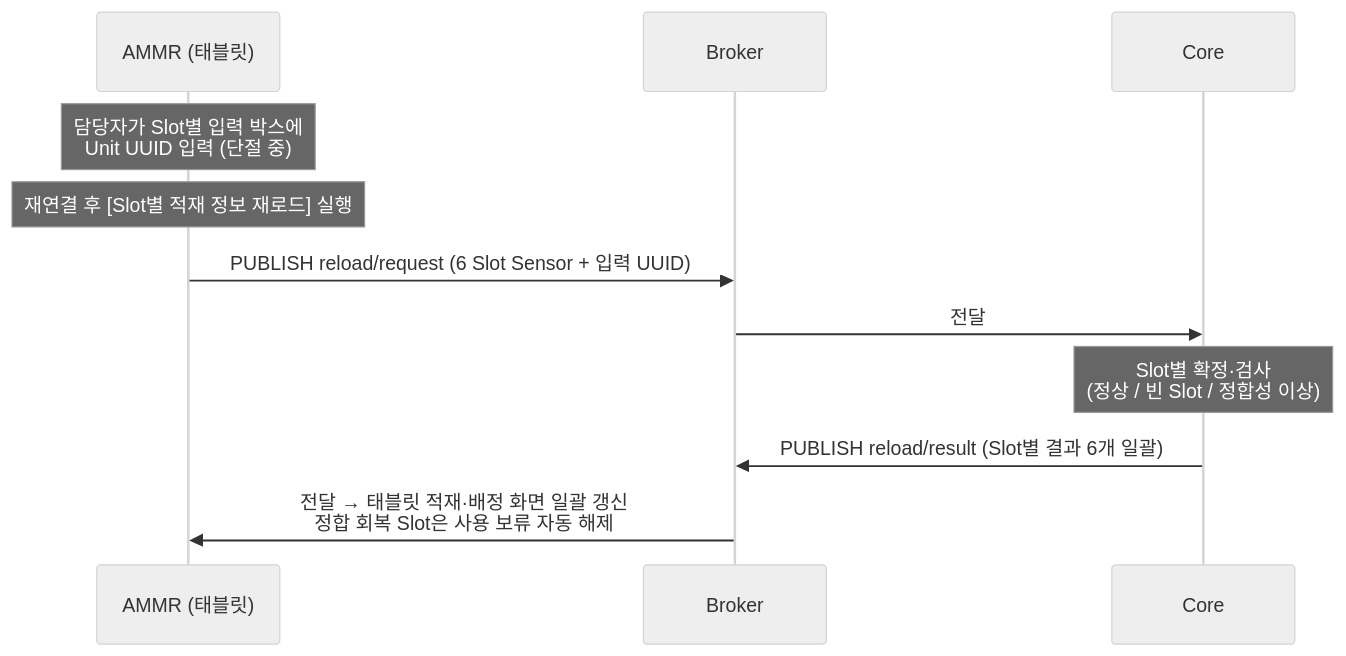
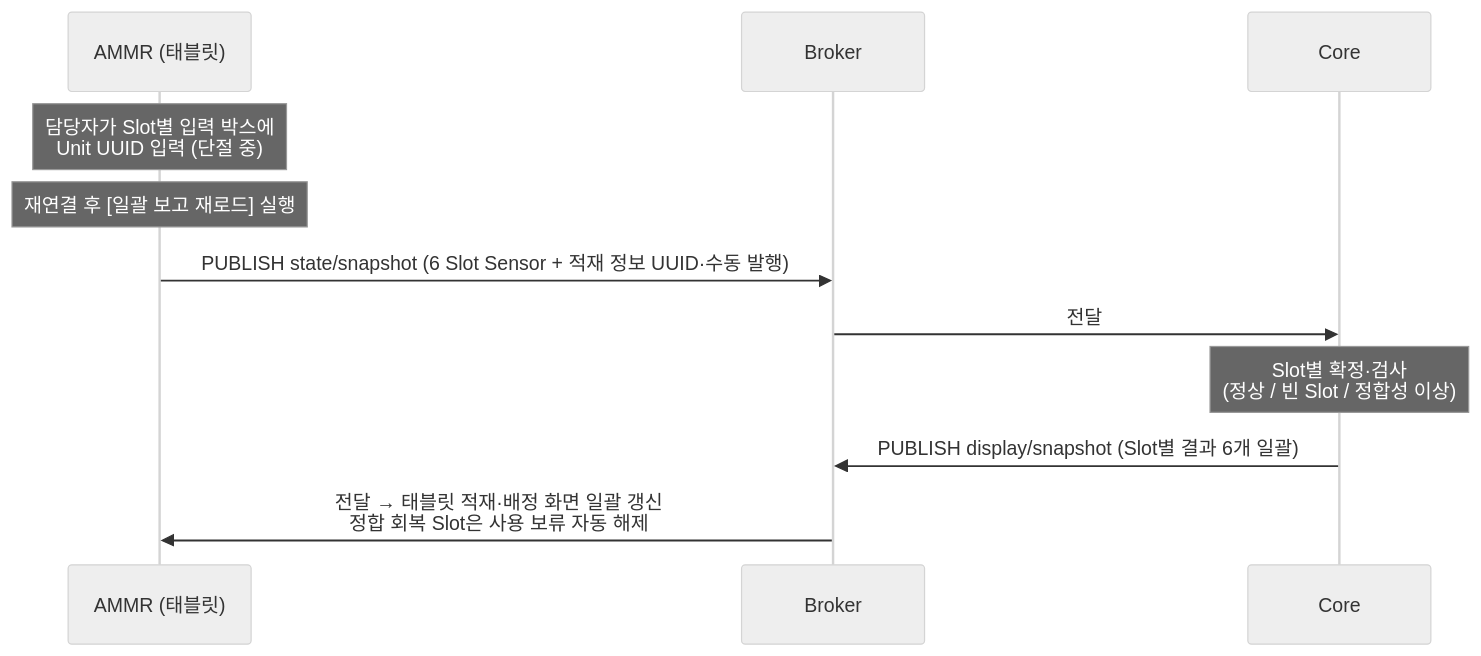
Before and after one commit to kimminsu0315/Core-Docs: the tenth of 13 diagrams in docs/out/Core_ICD_AMMR.md, drawn with Mermaid (neutral theme). The commit also changed other lines of this file and 5 other files, not shown here.

````diff
--- a/docs/out/Core_ICD_AMMR.md
+++ b/docs/out/Core_ICD_AMMR.md
@@ -1146,14 +1122,14 @@
 ```mermaid
 sequenceDiagram
     participant A as AMMR (태블릿)
     participant B as Broker
     participant C as Core
 
     Note over A: 담당자가 Slot별 입력 박스에<br/>Unit UUID 입력 (단절 중)
-    Note over A: 재연결 후 [Slot별 적재 정보 재로드] 실행
-    A->>B: PUBLISH reload/request (6 Slot Sensor + 입력 UUID)
+    Note over A: 재연결 후 [일괄 보고 재로드] 실행
+    A->>B: PUBLISH state/snapshot (6 Slot Sensor + 적재 정보 UUID·수동 발행)
     B->>C: 전달
     Note over C: Slot별 확정·검사<br/>(정상 / 빈 Slot / 정합성 이상)
-    C->>B: PUBLISH reload/result (Slot별 결과 6개 일괄)
+    C->>B: PUBLISH display/snapshot (Slot별 결과 6개 일괄)
     B->>A: 전달 → 태블릿 적재·배정 화면 일괄 갱신<br/>정합 회복 Slot은 사용 보류 자동 해제
 ```
````
